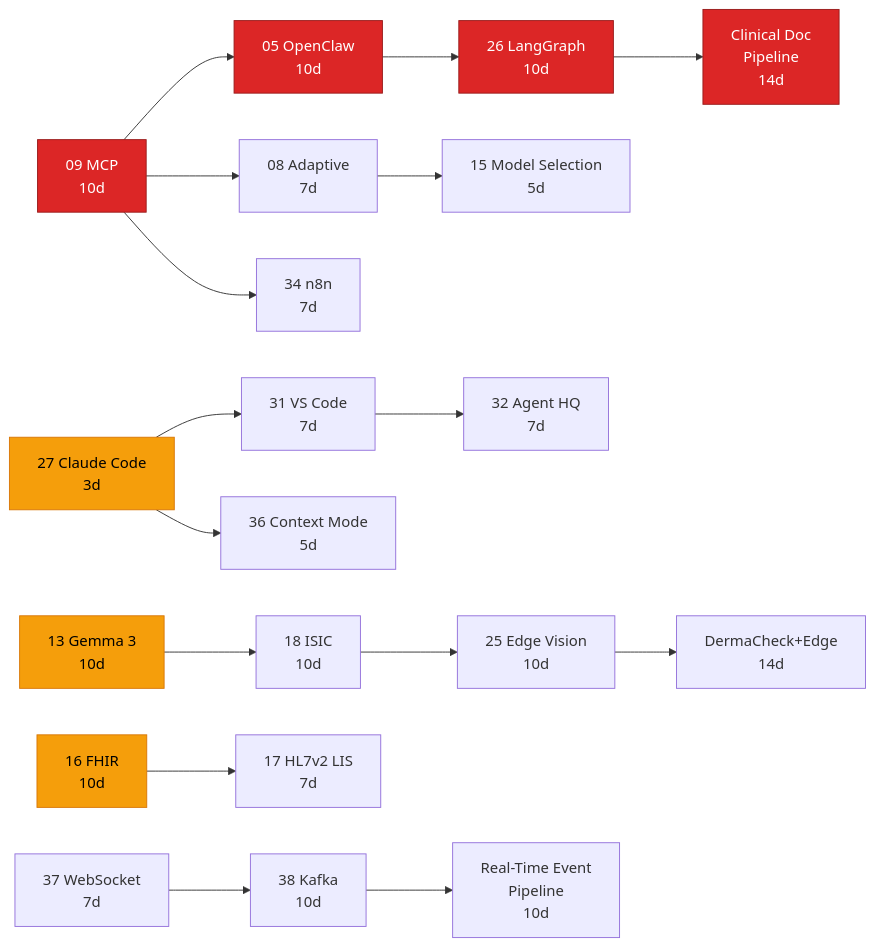
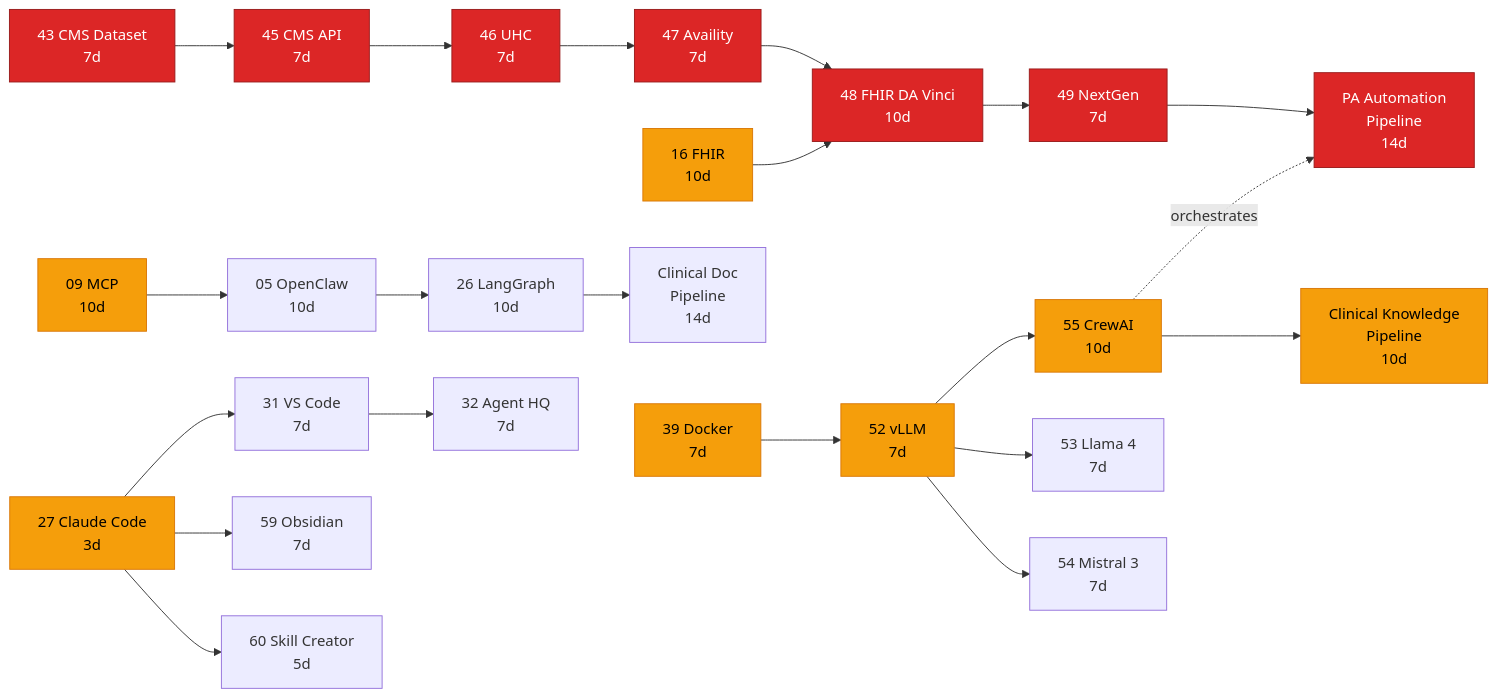
The fourth of 4 diagrams in docs/experiments/00-Experiment-Interconnection-Roadmap.md (ammar-utexas/demo), drawn with Mermaid before and after one commit. The commit also changed other lines of this file, not shown here.

First line of the commit message:
Update experiment roadmap to v3.0 — add experiments 39–60

````diff
--- a/docs/experiments/00-Experiment-Interconnection-Roadmap.md
+++ b/docs/experiments/00-Experiment-Interconnection-Roadmap.md
@@ -627,26 +888,35 @@
 ```mermaid
 flowchart LR
-    E09["09 MCP<br/>10d"]:::critical --> E05["05 OpenClaw<br/>10d"]:::critical
-    E05 --> E26["26 LangGraph<br/>10d"]:::critical
-    E26 --> CAP["Clinical Doc<br/>Pipeline<br/>14d"]:::critical
+    %% Path 1: PA Pipeline (longest)
+    E43["43 CMS Dataset<br/>7d"]:::critical --> E45["45 CMS API<br/>7d"]:::critical
+    E45 --> E46["46 UHC<br/>7d"]:::critical
+    E46 --> E47["47 Availity<br/>7d"]:::critical
+    E47 --> E48["48 FHIR DA Vinci<br/>10d"]:::critical
+    E48 --> E49["49 NextGen<br/>7d"]:::critical
+    E49 --> CAP_PA["PA Automation<br/>Pipeline<br/>14d"]:::critical
 
-    E09 --> E08["08 Adaptive<br/>7d"]
-    E08 --> E15["15 Model Selection<br/>5d"]
-    E09 --> E34["34 n8n<br/>7d"]
+    %% Path 2: AI Model Stack
+    E39["39 Docker<br/>7d"]:::bottleneck --> E52["52 vLLM<br/>7d"]:::bottleneck
+    E52 --> E55["55 CrewAI<br/>10d"]:::bottleneck
+    E55 --> CAP_CK["Clinical Knowledge<br/>Pipeline<br/>10d"]:::bottleneck
+    E52 --> E53["53 Llama 4<br/>7d"]
+    E52 --> E54["54 Mistral 3<br/>7d"]
 
+    %% Path 3: Original critical path
+    E09["09 MCP<br/>10d"]:::bottleneck --> E05["05 OpenClaw<br/>10d"]
+    E05 --> E26["26 LangGraph<br/>10d"]
+    E26 --> CAP_CD["Clinical Doc<br/>Pipeline<br/>14d"]
+
+    %% Dev tooling path
     E27["27 Claude Code<br/>3d"]:::bottleneck --> E31["31 VS Code<br/>7d"]
     E31 --> E32["32 Agent HQ<br/>7d"]
-    E27 --> E36["36 Context Mode<br/>5d"]
+    E27 --> E59["59 Obsidian<br/>7d"]
+    E27 --> E60["60 Skill Creator<br/>5d"]
 
-    E13["13 Gemma 3<br/>10d"]:::bottleneck --> E18["18 ISIC<br/>10d"]
-    E18 --> E25["25 Edge Vision<br/>10d"]
-    E25 --> CAP2["DermaCheck+Edge<br/>14d"]
-
-    E16["16 FHIR<br/>10d"]:::bottleneck --> E17["17 HL7v2 LIS<br/>7d"]
-
-    E37["37 WebSocket<br/>7d"] --> E38["38 Kafka<br/>10d"]
-    E38 --> CAP3["Real-Time Event<br/>Pipeline<br/>10d"]
+    %% Cross-path connections
+    E55 -.->|"orchestrates"| CAP_PA
+    E16["16 FHIR<br/>10d"]:::bottleneck --> E48
 
     classDef critical fill:#dc2626,stroke:#991b1b,color:#fff
     classDef bottleneck fill:#f59e0b,stroke:#d97706,color:#000
 ```
````
